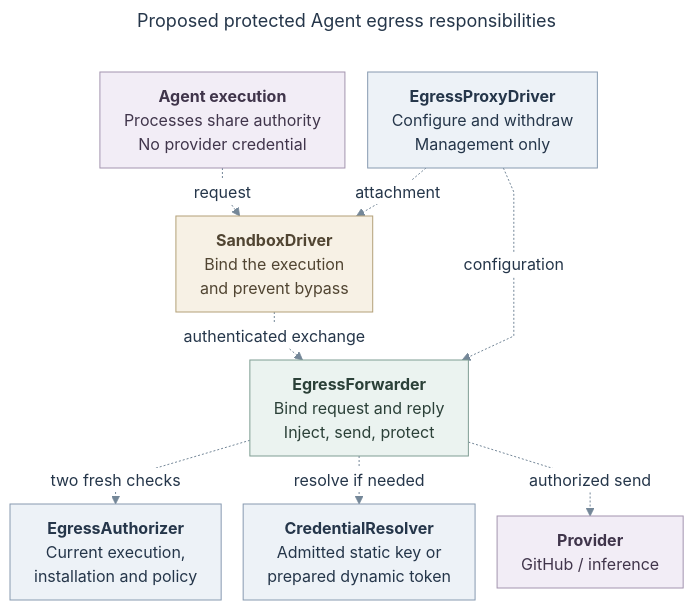
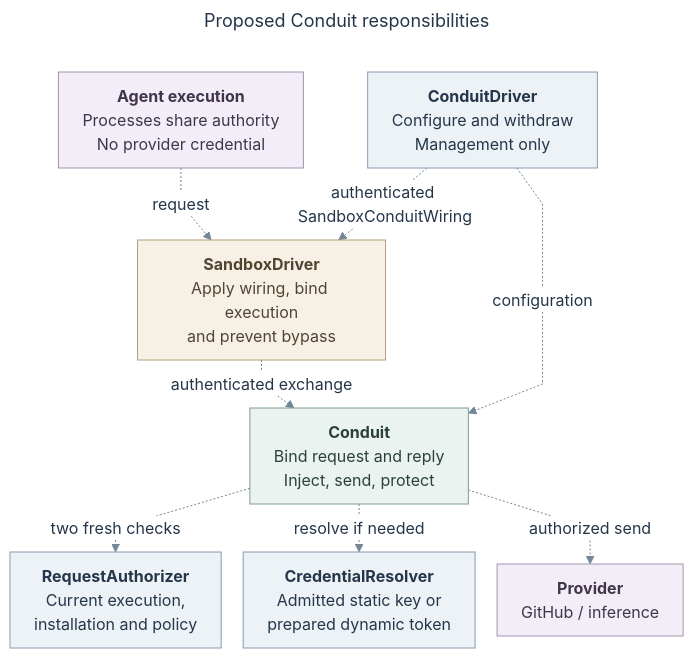
Before and after one commit to anmol0b/openclaw-enterprise: the diagram in specs/rfcs/0020-egress-proxy-credential-lifecycle/assets/overview.mmd, drawn with Mermaid. The commit also changed 6 other files, not shown here.

Commit message:
Update Conduit diagrams and RFC index

```diff
--- a/specs/rfcs/0020-egress-proxy-credential-lifecycle/assets/overview.mmd
+++ b/specs/rfcs/0020-egress-proxy-credential-lifecycle/assets/overview.mmd
@@ -1,49 +1,49 @@
 ---
-title: "Proposed protected Agent egress responsibilities"
+title: "Proposed Conduit responsibilities"
 config:
   theme: base
   htmlLabels: true
   themeVariables:
     fontFamily: "Arial, sans-serif"
     fontSize: "16px"
     primaryTextColor: "#25364A"
     lineColor: "#748798"
     edgeLabelBackground: "#FFFFFF"
     clusterBkg: "#FAFBFC"
     clusterBorder: "#D8DEE6"
   flowchart:
     useMaxWidth: false
     curve: linear
     nodeSpacing: 22
     rankSpacing: 24
     padding: 12
     diagramPadding: 12
     subGraphTitleMargin:
       top: 10
       bottom: 14
 ---
 flowchart TB
   %% Proposed responsibilities, not necessarily separate processes.
   Agent["<b>Agent execution</b><br/>Processes share authority<br/>No provider credential"]
-  Sandbox["<b>SandboxDriver</b><br/>Bind the execution<br/>and prevent bypass"]
-  Driver["<b>EgressProxyDriver</b><br/>Configure and withdraw<br/>Management only"]
-  Sender["<b>EgressForwarder</b><br/>Bind request and reply<br/>Inject, send, protect"]
-  OCC["<b>EgressAuthorizer</b><br/>Current execution,<br/>installation and policy"]
+  Sandbox["<b>SandboxDriver</b><br/>Apply wiring, bind execution<br/>and prevent bypass"]
+  Driver["<b>ConduitDriver</b><br/>Configure and withdraw<br/>Management only"]
+  Sender["<b>Conduit</b><br/>Bind request and reply<br/>Inject, send, protect"]
+  OCC["<b>RequestAuthorizer</b><br/>Current execution,<br/>installation and policy"]
   Resolver["<b>CredentialResolver</b><br/>Admitted static key or<br/>prepared dynamic token"]
   Provider["<b>Provider</b><br/>GitHub / inference"]
   Agent -. request .-> Sandbox
   Sandbox -. authenticated exchange .-> Sender
-  Driver -. attachment .-> Sandbox
+  Driver -. authenticated SandboxConduitWiring .-> Sandbox
   Driver -. configuration .-> Sender
   Sender -. two fresh checks .-> OCC
   Sender -. resolve if needed .-> Resolver
   Sender -. authorized send .-> Provider
   class Agent,Provider external
   class Sender action
   class Sandbox gate
   class Driver,OCC,Resolver api
   classDef api fill:#EDF2F7,stroke:#879AB0,color:#25364A,stroke-width:1px
   classDef action fill:#EBF3F0,stroke:#7F9D93,color:#2B4038,stroke-width:1px
   classDef external fill:#F2EDF6,stroke:#A394AF,color:#40354B,stroke-width:1px
   classDef gate fill:#F7F1E5,stroke:#B3A078,color:#514532,stroke-width:1px
   linkStyle default stroke:#748798,stroke-width:1px
```
